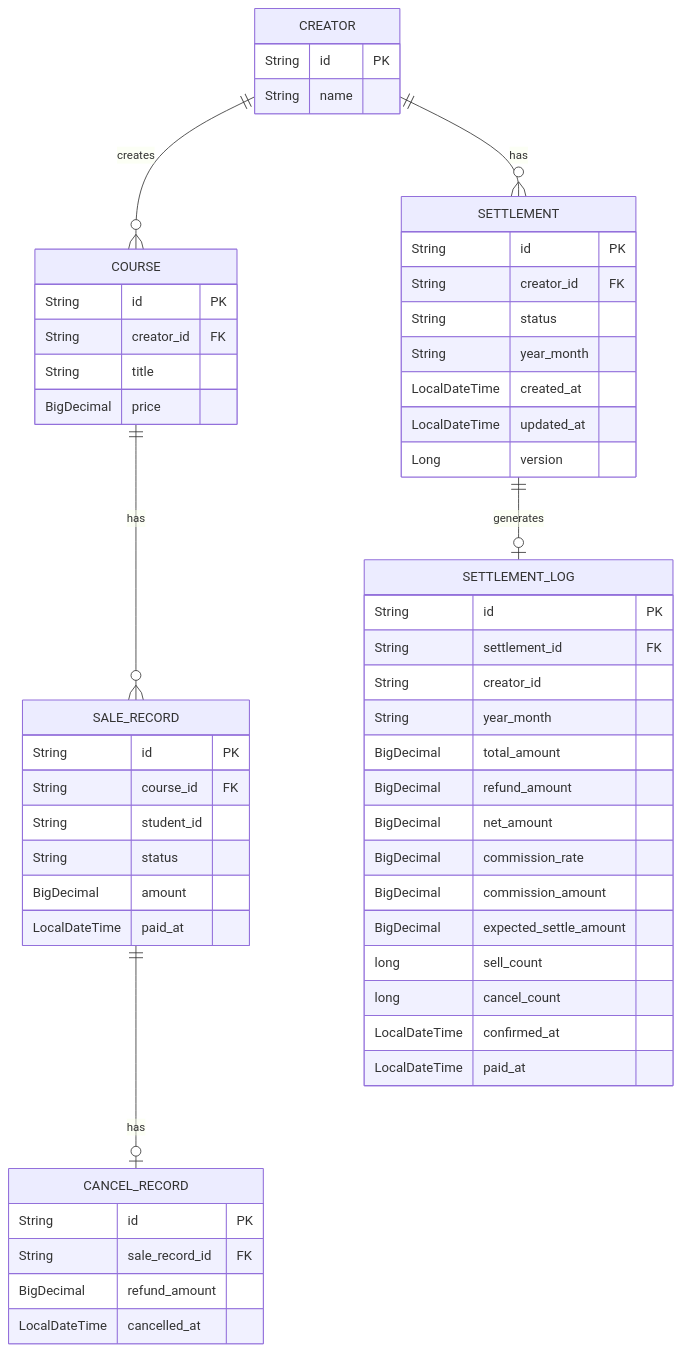
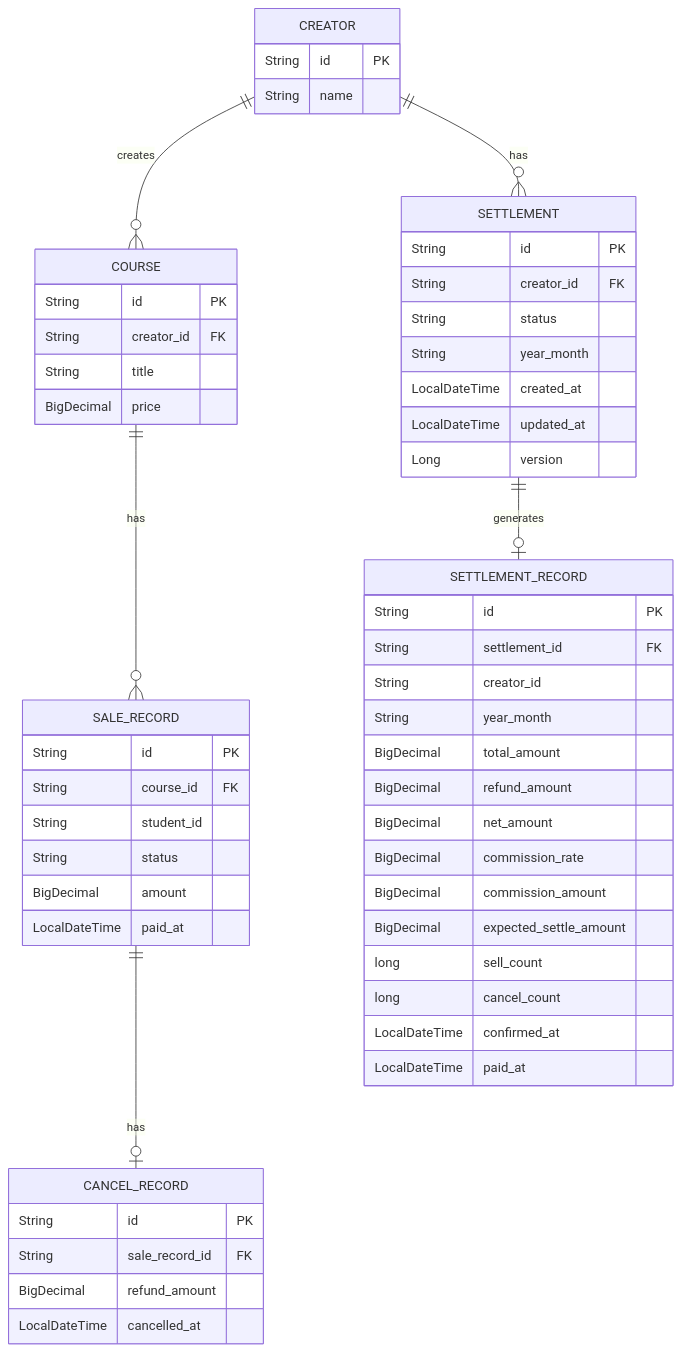
The diagram in src/main/java/liveclass/creator_settlement/docs/erd.mmd (hkmin3827/spring-creator-settlement), drawn with Mermaid before and after one commit. The commit also changed 13 other files, not shown here.

Commit message:
rename: Naming 'SettlementLog' is changed to 'SettlementRecord'.

```diff
--- a/src/main/java/liveclass/creator_settlement/docs/erd.mmd
+++ b/src/main/java/liveclass/creator_settlement/docs/erd.mmd
@@ -1,56 +1,56 @@
 erDiagram
     CREATOR ||--o{ COURSE : "creates"
     CREATOR ||--o{ SETTLEMENT : "has"
     COURSE ||--o{ SALE_RECORD : "has"
     SALE_RECORD ||--o| CANCEL_RECORD : "has"
-    SETTLEMENT ||--o| SETTLEMENT_LOG : "generates"
+    SETTLEMENT ||--o| SETTLEMENT_RECORD : "generates"
 
     CREATOR {
         String id PK
         String name
     }
     COURSE {
         String id PK
         String creator_id FK
         String title
         BigDecimal price
     }
     SALE_RECORD {
         String id PK
         String course_id FK
         String student_id
         String status
         BigDecimal amount
         LocalDateTime paid_at
     }
     CANCEL_RECORD {
         String id PK
         String sale_record_id FK
         BigDecimal refund_amount
         LocalDateTime cancelled_at
     }
     SETTLEMENT {
         String id PK
         String creator_id FK
         String status
         String year_month
         LocalDateTime created_at
         LocalDateTime updated_at
         Long version
     }
-    SETTLEMENT_LOG {
+    SETTLEMENT_RECORD {
         String id PK
         String settlement_id FK
         String creator_id
         String year_month
         BigDecimal total_amount
         BigDecimal refund_amount
         BigDecimal net_amount
         BigDecimal commission_rate
         BigDecimal commission_amount
         BigDecimal expected_settle_amount
         long sell_count
         long cancel_count
         LocalDateTime confirmed_at
         LocalDateTime paid_at
     }
```
